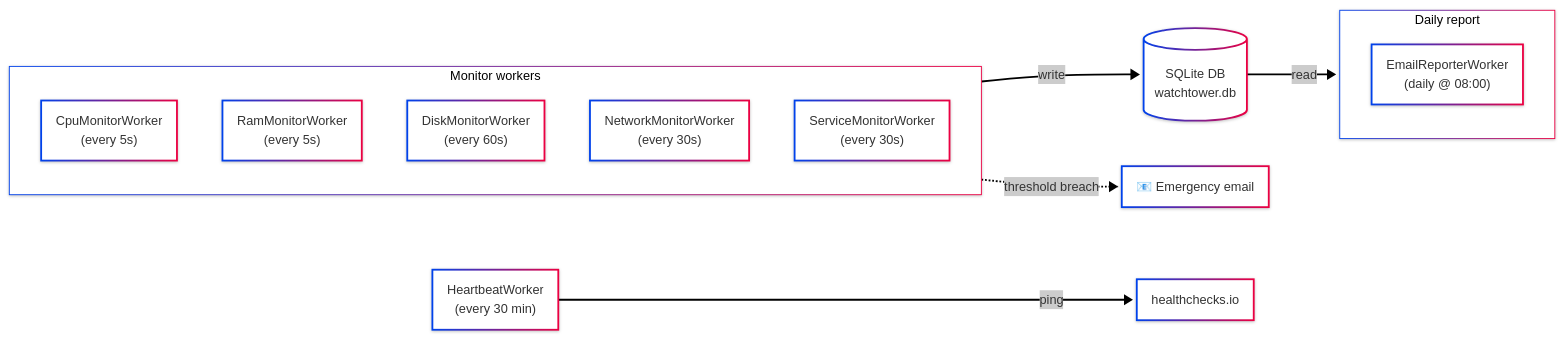
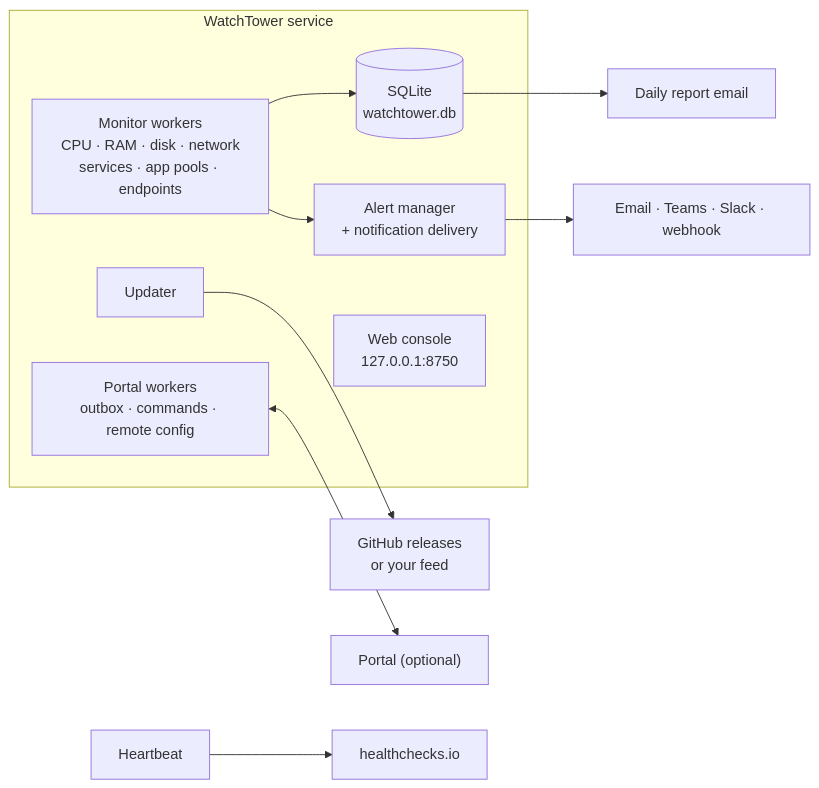
Before and after one commit to angatiabenson/watch-tower: the diagram in README.md, drawn with Mermaid. The commit also changed other lines of this file, not shown here.

First line of the commit message:
docs(readme): Rewrite the README for the installer-based agent

````diff
--- a/README.md
+++ b/README.md
@@ -309,31 +646,19 @@
 ```mermaid
----
-config:
-  theme: neo
-  look: neo
----
 flowchart LR
-  subgraph workers["Monitor workers"]
-    CPU["CpuMonitorWorker<br>(every 5s)"]
-    RAM["RamMonitorWorker<br>(every 5s)"]
-    DISK["DiskMonitorWorker<br>(every 60s)"]
-    NET["NetworkMonitorWorker<br>(every 30s)"]
-    SVC["ServiceMonitorWorker<br>(every 30s)"]
+  subgraph agent["WatchTower service"]
+    MON["Monitor workers<br>CPU · RAM · disk · network<br>services · app pools · endpoints"]
+    AL["Alert manager<br>+ notification delivery"]
+    DB[("SQLite<br>watchtower.db")]
+    UI["Web console<br>127.0.0.1:8750"]
+    UPD["Updater"]
+    PORT["Portal workers<br>outbox · commands · remote config"]
   end
 
-  DB[("SQLite DB<br>watchtower.db")]
-
-  subgraph reporter["Daily report"]
-    EMAIL["EmailReporterWorker<br>(daily @ 08:00)"]
-  end
-
-  HB["HeartbeatWorker<br>(every 30 min)"]
-  HC["healthchecks.io"]
-  SMTP["📧 Emergency email"]
-
-  workers -- write --> DB
-  DB -- read --> reporter
-
-  HB -- ping --> HC
-  workers -. threshold breach .-> SMTP
+  MON --> DB
+  MON --> AL
+  AL --> CH["Email · Teams · Slack · webhook"]
+  DB --> REP["Daily report email"]
+  HB["Heartbeat"] --> HC["healthchecks.io"]
+  PORT <--> P["Portal (optional)"]
+  UPD --> GH["GitHub releases<br>or your feed"]
 ```
````
